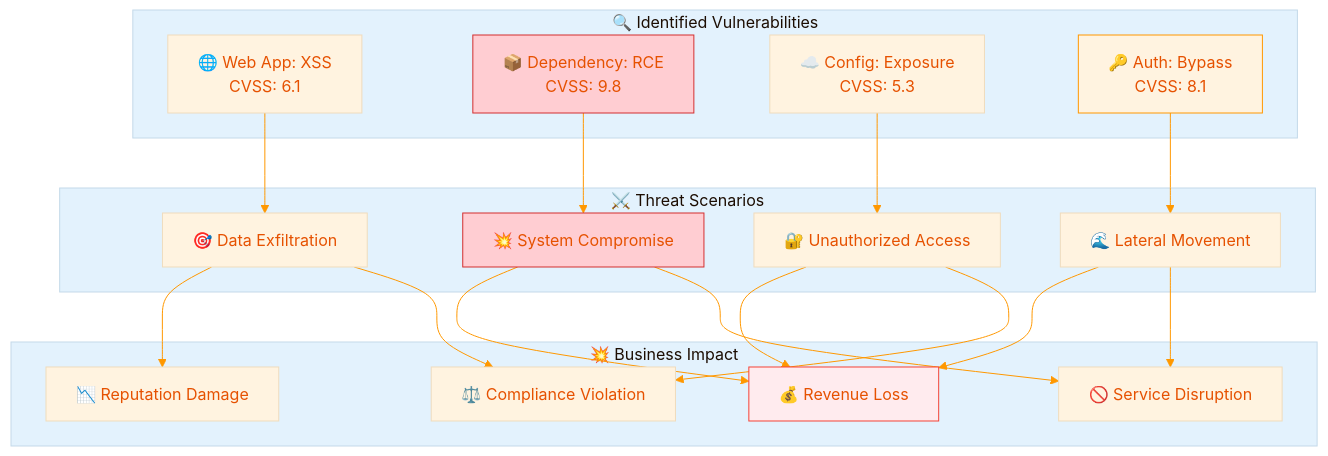
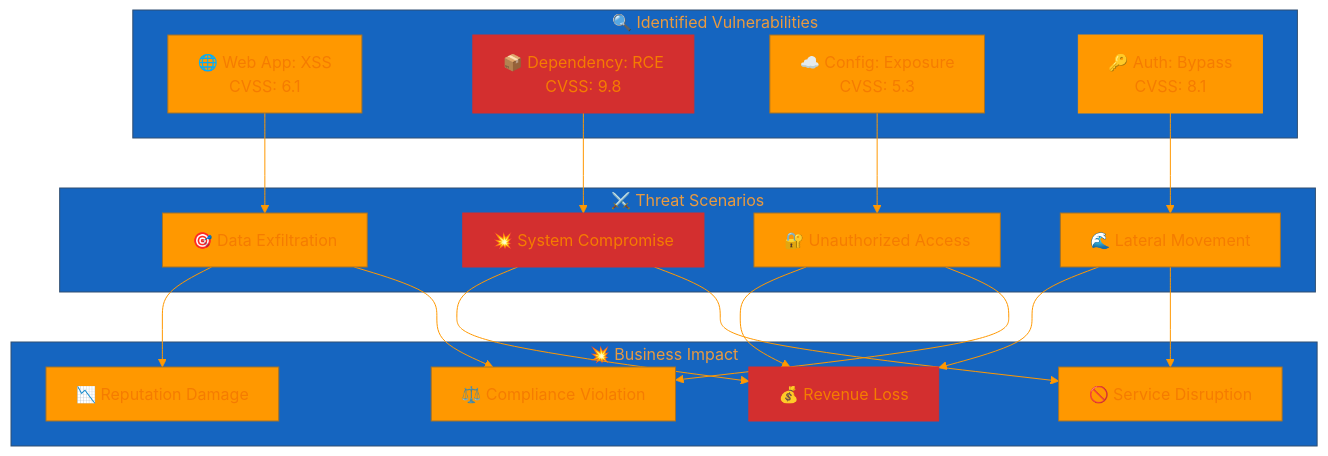
The eighth of 10 diagrams in Threat_Modeling.md (Hack23/ISMS-PUBLIC), drawn with Mermaid before and after one commit. The commit also changed other lines of this file and 35 other files, not shown here.

````diff
--- a/Threat_Modeling.md
+++ b/Threat_Modeling.md
@@ -754,54 +754,54 @@
 ```mermaid
 %%{
   init: {
     'theme': 'base',
     'themeVariables': {
-      'primaryColor': '#fff3e0',
-      'primaryTextColor': '#e65100',
-      'lineColor': '#ff9800',
-      'secondaryColor': '#e8f5e9',
-      'tertiaryColor': '#e3f2fd'
+      'primaryColor': '#FF9800',
+      'primaryTextColor': '#F57C00',
+      'lineColor': '#FF9800',
+      'secondaryColor': '#4CAF50',
+      'tertiaryColor': '#1565C0'
     }
   }
 }%%
 flowchart TB
     subgraph VULNS["🔍 Identified Vulnerabilities"]
         VULN1[🌐 Web App: XSS<br/>CVSS: 6.1]
         VULN2[📦 Dependency: RCE<br/>CVSS: 9.8]
         VULN3[☁️ Config: Exposure<br/>CVSS: 5.3]
         VULN4[🔑 Auth: Bypass<br/>CVSS: 8.1]
     end
     
     subgraph THREATS["⚔️ Threat Scenarios"]
         THREAT1[🎯 Data Exfiltration]
         THREAT2[💥 System Compromise]
         THREAT3[🔐 Unauthorized Access]
         THREAT4[🌊 Lateral Movement]
     end
     
     subgraph IMPACT["💥 Business Impact"]
         IMPACT1[💰 Revenue Loss]
         IMPACT2[📉 Reputation Damage]
         IMPACT3[⚖️ Compliance Violation]
         IMPACT4[🚫 Service Disruption]
     end
     
     VULN1 --> THREAT1
     VULN2 --> THREAT2
     VULN3 --> THREAT3
     VULN4 --> THREAT4
     
     THREAT1 --> IMPACT2
     THREAT1 --> IMPACT3
     THREAT2 --> IMPACT1
     THREAT2 --> IMPACT4
     THREAT3 --> IMPACT1
     THREAT3 --> IMPACT3
     THREAT4 --> IMPACT1
     THREAT4 --> IMPACT4
     
-    style VULN2 fill:#ffcdd2,stroke:#d32f2f
-    style VULN4 fill:#fff3e0,stroke:#ff9800
-    style THREAT2 fill:#ffcdd2,stroke:#d32f2f
-    style IMPACT1 fill:#ffebee,stroke:#f44336
+    style VULN2 fill:#D32F2F,stroke:#D32F2F
+    style VULN4 fill:#FF9800,stroke:#FF9800
+    style THREAT2 fill:#D32F2F,stroke:#D32F2F
+    style IMPACT1 fill:#D32F2F,stroke:#D32F2F
 ```
````
